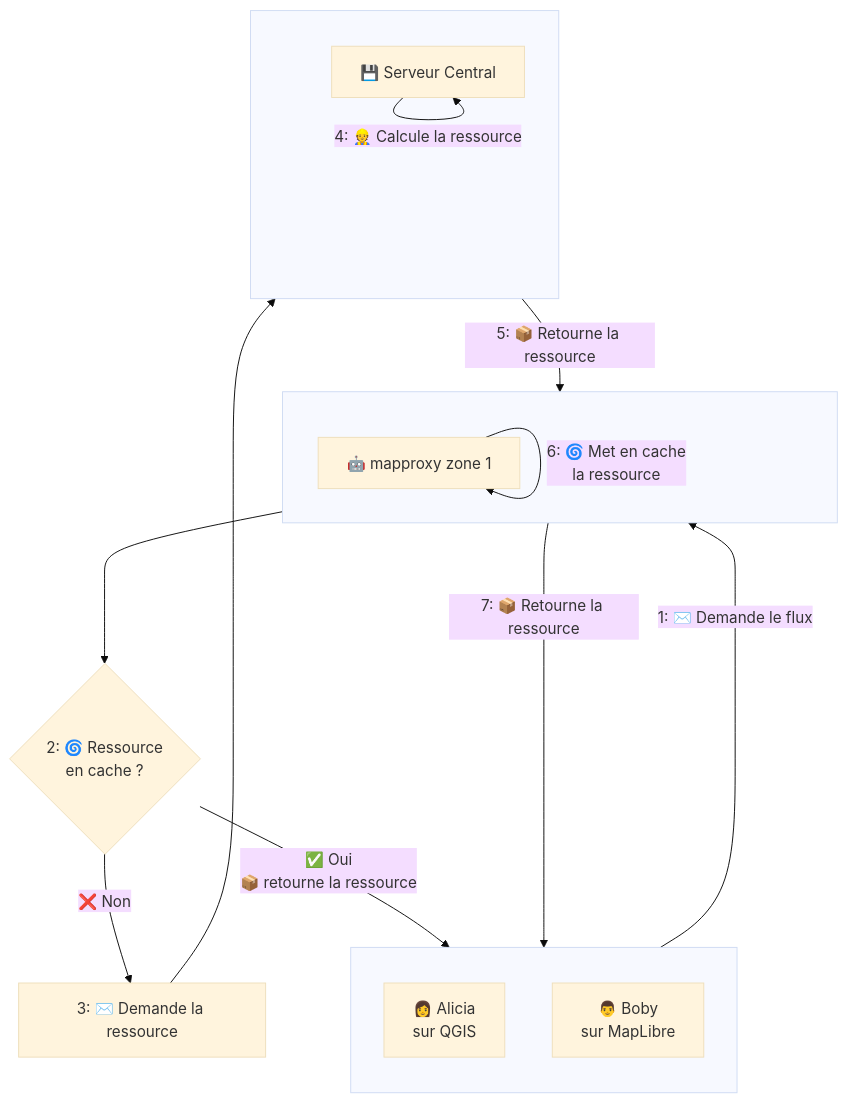
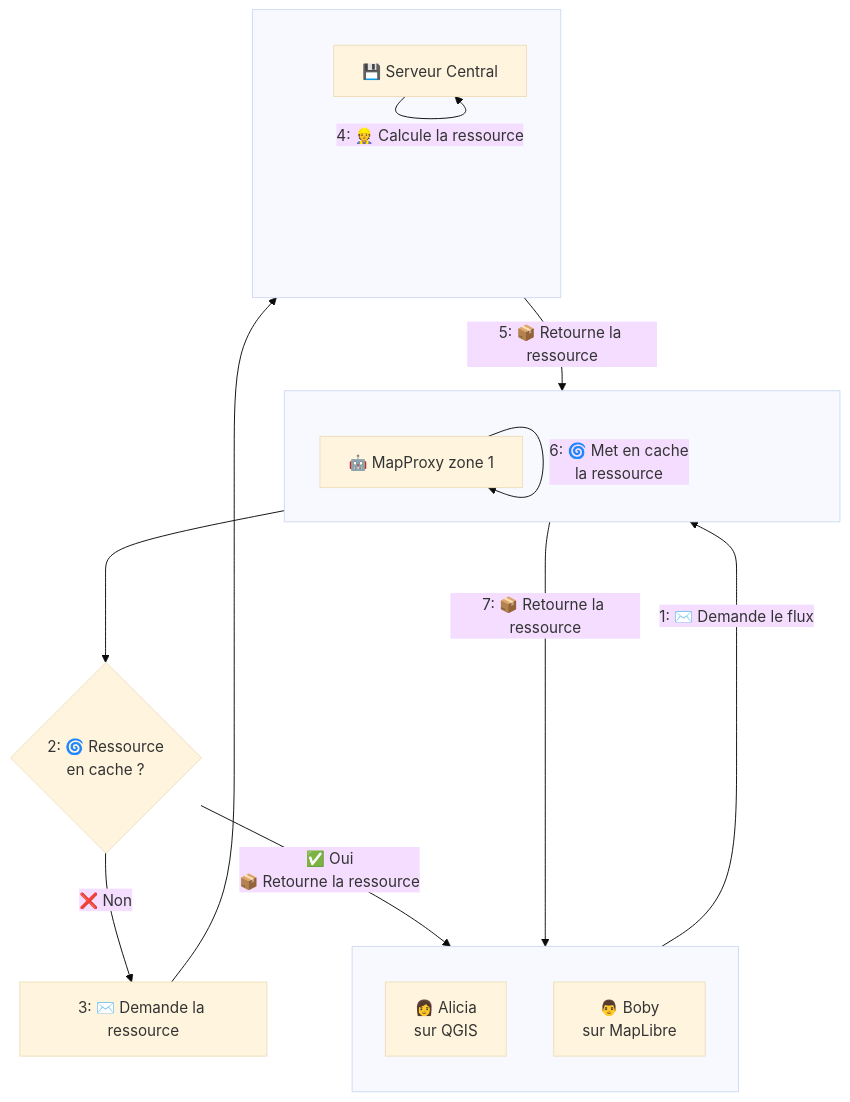
One commit to geotribu/website changed the diagram in content/articles/2026/2026-04-16_cacher_wms_avec_mapproxy.md. Above: the diagram before and after it, drawn with Mermaid (base theme). The commit also changed other lines of this file, not shown here.

Commit message:
edit(article): modif mineures

````diff
--- a/content/articles/2026/2026-04-16_cacher_wms_avec_mapproxy.md
+++ b/content/articles/2026/2026-04-16_cacher_wms_avec_mapproxy.md
@@ -55,30 +57,30 @@
 ```mermaid
 graph TD
 
     subgraph Col1[ ]
         direction TB
         ClientZ11[👩 Alicia<br>sur QGIS]
         ClientZ12[👨 Boby<br>sur MapLibre]
     end
 
     subgraph Col2[ ]
         direction LR
-        mapproxyZ1[🤖 mapproxy zone 1]
+        mapproxyZ1[🤖 MapProxy zone 1]
     end
 
     subgraph Col3[ ]
         direction TB
         ServeurCentral[💾 Serveur Central]
     end
 
 
     ClientZ11 --> |1: ✉️ Demande le flux| mapproxyZ1
     mapproxyZ1 ---> D1{2: 🌀 Ressource<br>en cache ?}
-    D1 --> |✅ Oui<br>📦 retourne la ressource| ClientZ11
+    D1 --> |✅ Oui<br>📦 Retourne la ressource| ClientZ11
     D1 --> |❌ Non| R1Z1[3: ✉️ Demande la ressource]
     R1Z1 --> ServeurCentral
     ServeurCentral --> |4: 👷 Calcule la ressource| ServeurCentral
     ServeurCentral --> |5: 📦 Retourne la ressource| mapproxyZ1
     mapproxyZ1 --> |6: 🌀 Met en cache<br>la ressource| mapproxyZ1
     mapproxyZ1 --> |7: 📦 Retourne la ressource| ClientZ11
 ```
````
